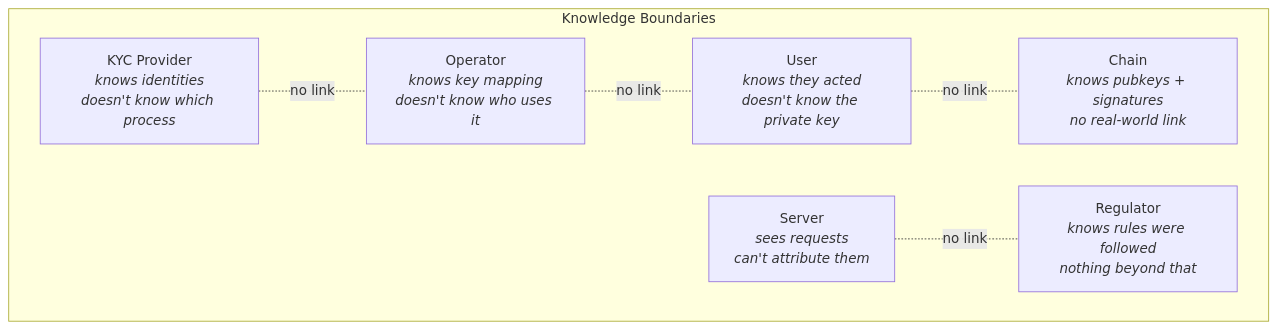
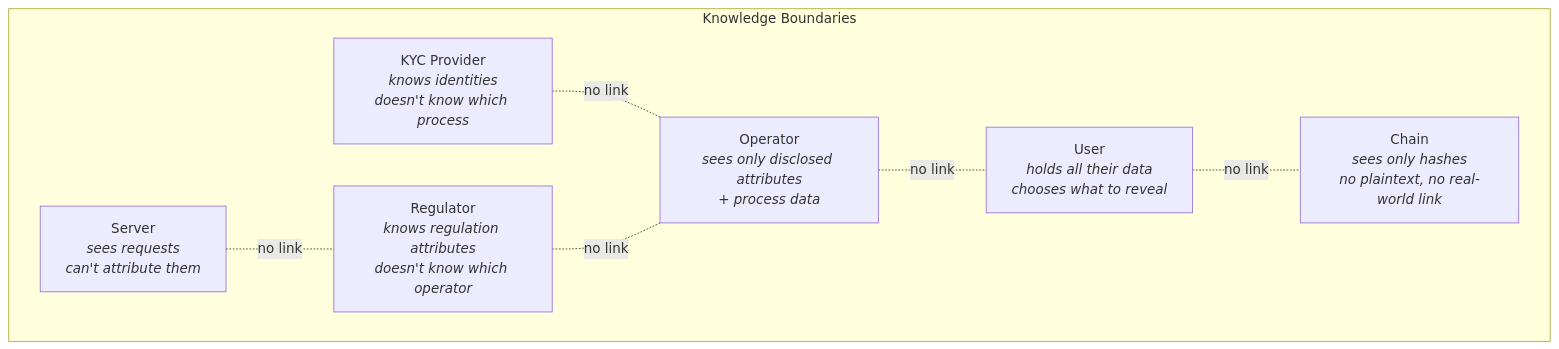
One commit to lambdasistemi/cardano-for-regulators changed diagram 18 of 19 in docs/framework/schema.md. Above: the diagram before and after it, drawn with Mermaid. The commit also changed other lines of this file, not shown here.

First line of the commit message:
docs: refine KYC role, user sovereignty, and data disclosure model

````diff
--- a/docs/framework/schema.md
+++ b/docs/framework/schema.md
@@ -541,16 +691,17 @@
 ```mermaid
 graph TD
     subgraph Knowledge Boundaries
-        OP[Operator<br/><i>knows key mapping<br/>doesn't know who uses it</i>]
-        U[User<br/><i>knows they acted<br/>doesn't know the private key</i>]
-        CH[Chain<br/><i>knows pubkeys + signatures<br/>no real-world link</i>]
+        OP[Operator<br/><i>sees only disclosed attributes<br/>+ process data</i>]
+        U[User<br/><i>holds all their data<br/>chooses what to reveal</i>]
+        CH[Chain<br/><i>sees only hashes<br/>no plaintext, no real-world link</i>]
         SV[Server<br/><i>sees requests<br/>can't attribute them</i>]
         KP[KYC Provider<br/><i>knows identities<br/>doesn't know which process</i>]
-        RG[Regulator<br/><i>knows rules were followed<br/>nothing beyond that</i>]
+        RG[Regulator<br/><i>knows regulation attributes<br/>doesn't know which operator</i>]
     end
 
     OP -.-|no link| U
     U -.-|no link| CH
     KP -.-|no link| OP
+    RG -.-|no link| OP
     SV -.-|no link| RG
 ```
````
